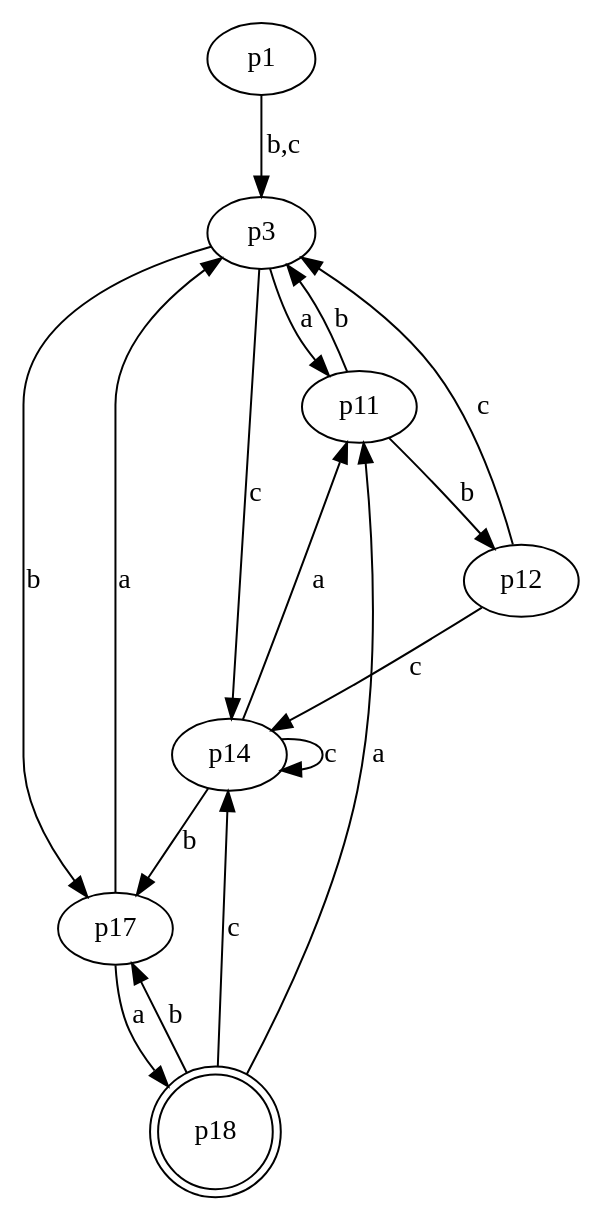
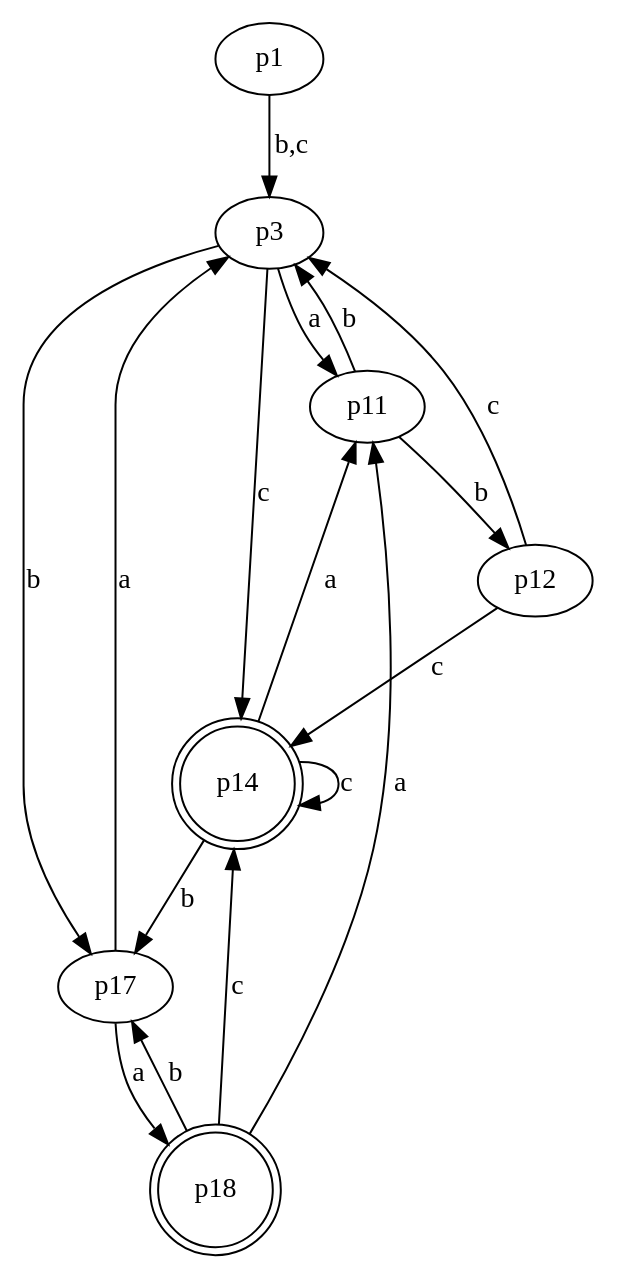
Before and after one commit to NRU-MPEI-IMAI/git-Edmelissa: the diagram in Task3/3_4(del).gv, drawn with Graphviz.

```diff
--- a/Task3/3_4(del).gv
+++ b/Task3/3_4(del).gv
@@ -1,33 +1,33 @@
 digraph G 
 {
     n1 [label = p1]
     n3 [label = p3]
     n11 [label = p11]
     n12 [label = p12]
-    n14 [label = p14]
+    n14 [label = p14, shape = doublecircle]
     n17 [label = p17]
     n18 [label = p18, shape = doublecircle]
 	
     n1 -> n3 [label = "b,c"]
     
     n3 -> n11 [label = "a"]
     n3 -> n17 [label = "b"]
     n3 -> n14 [label = "c"]
     
     n11 -> n3  [label = "b"]
     n11 -> n12  [label = "b"]
     
     n12 -> n3 [label = "c"]
     n12 -> n14 [label = "c"]
     
     n14 -> n14  [label = "c"]
     n14 -> n11 [label = "a"]
     n14 -> n17 [label = "b"]
     
     n17 -> n3  [label = "a"]
     n17 -> n18 [label = "a"]
     
     n18 -> n17  [label = "b"]
     n18 -> n11 [label = "a"]
     n18 -> n14  [label = "c"]
 }
```
